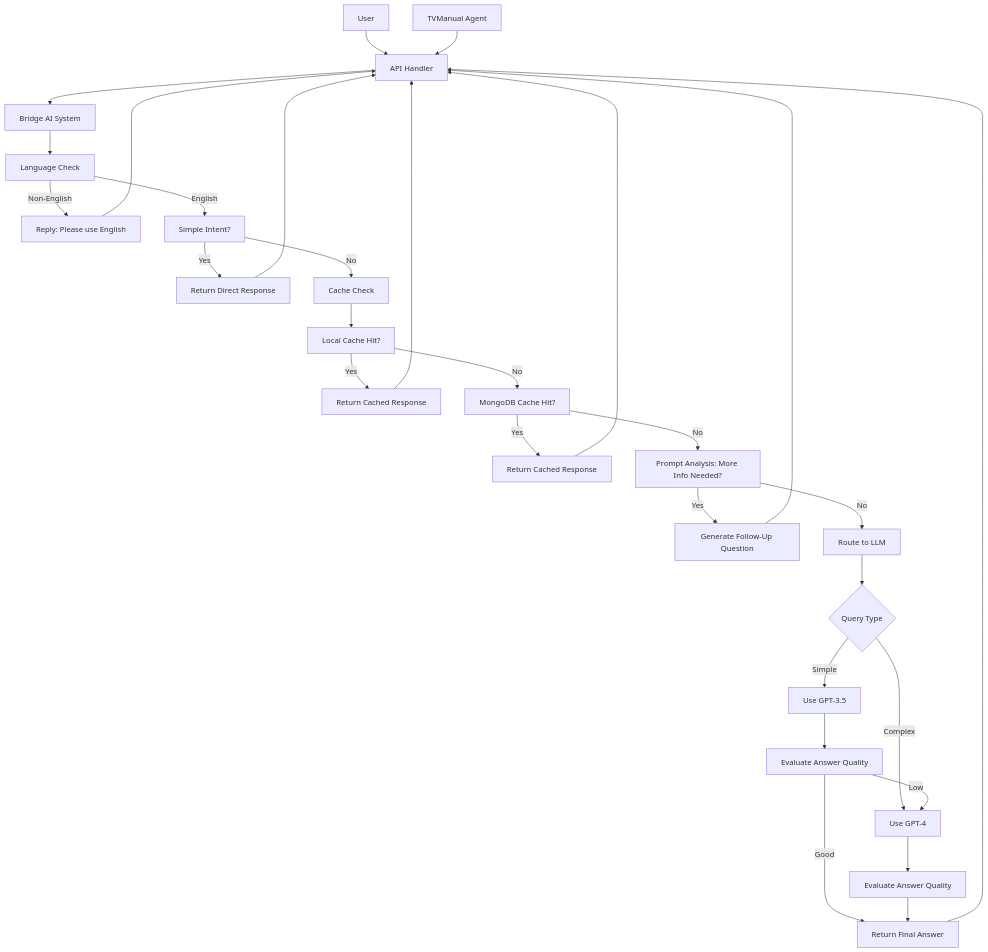
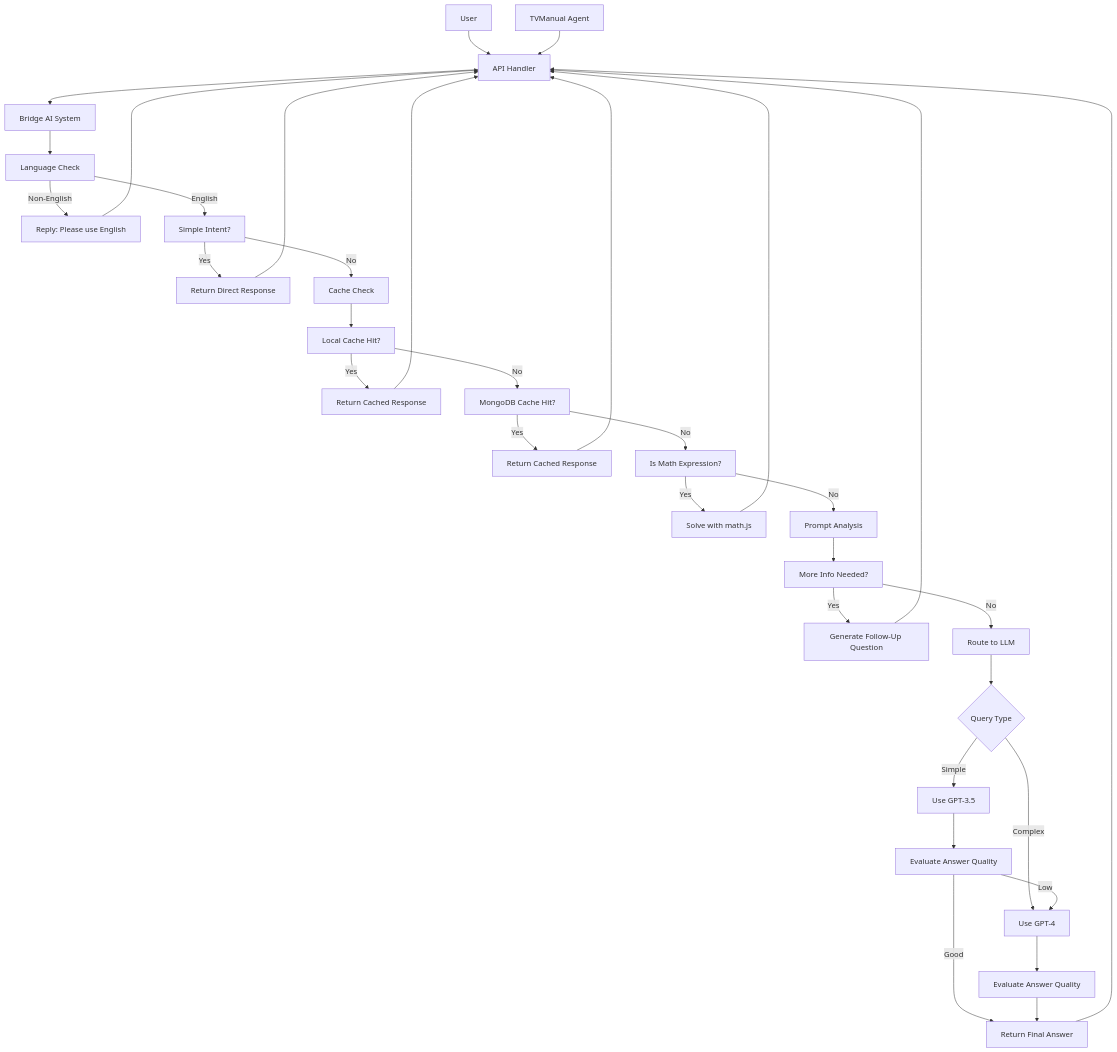
The diagram in llm_bridge/README.md (yana-g/bridge-ai), drawn with Mermaid before and after one commit.

Commit message:
Update llm_bridge README

````diff
--- a/llm_bridge/README.md
+++ b/llm_bridge/README.md
@@ -42,43 +42,48 @@
 ```mermaid
 flowchart TD
     A1[User]
     A2[TVManual Agent]
 
     A1 --> B[API Handler]
-    A2 --> B[API Handler]
+    A2 --> B
 
     B --> C[Bridge AI System]
 
     C --> D[Language Check]
     D -->|Non-English| D1[Reply: Please use English]
     D -->|English| E[Simple Intent?]
     E -->|Yes| E1[Return Direct Response]
     E -->|No| F[Cache Check]
 
     F --> F1[Local Cache Hit?]
     F1 -->|Yes| F2[Return Cached Response]
     F1 -->|No| F3[MongoDB Cache Hit?]
     F3 -->|Yes| F4[Return Cached Response]
-    F3 -->|No| G[Prompt Analysis: More Info Needed?]
+    F3 -->|No| G[Is Math Expression?]
 
-    G -->|Yes| G1[Generate Follow-Up Question]
-    G -->|No| H[Route to LLM]
+    G -->|Yes| G1[Solve with math.js]
+    G1 --> B
 
-    H --> H1{Query Type}
-    H1 -->|Simple| I[Use GPT-3.5]
-    H1 -->|Complex| J[Use GPT-4]
+    G -->|No| H[Prompt Analysis]
+    H --> H1[More Info Needed?]
+    H1 -->|Yes| H2[Generate Follow-Up Question]
+    H2 --> B
+    H1 -->|No| I[Route to LLM]
 
-    I --> I1[Evaluate Answer Quality]
-    I1 -->|Low| J
-    I1 -->|Good| K[Return Final Answer]
+    I --> I1{Query Type}
+    I1 -->|Simple| J[Use GPT-3.5]
+    I1 -->|Complex| K[Use GPT-4]
 
     J --> J1[Evaluate Answer Quality]
-    J1 --> K
+    J1 -->|Low| K
+    J1 -->|Good| L[Return Final Answer]
+
+    K --> K1[Evaluate Answer Quality]
+    K1 --> L
 
     D1 --> B
     E1 --> B
     F2 --> B
     F4 --> B
-    G1 --> B
-    K --> B
+    L --> B
 ```
````
